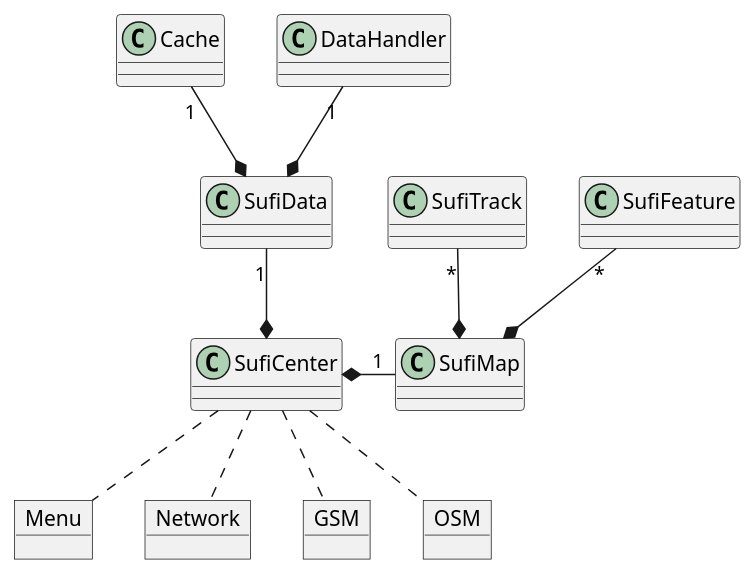
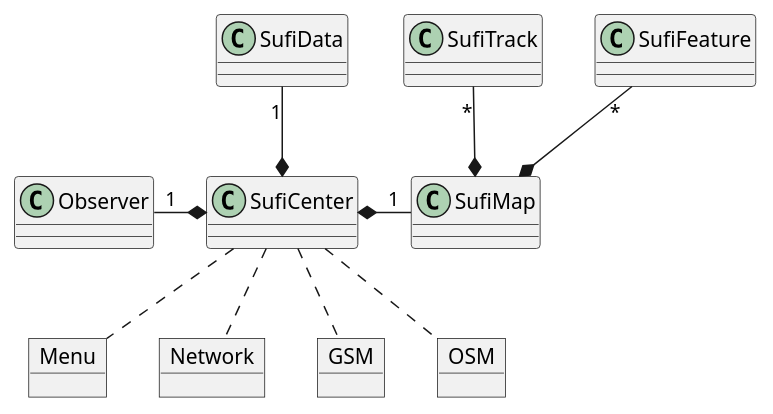
One commit to MARTIMM/Sufitrail changed the diagram in Doc/Designer notes.md. Above: the diagram before and after it, drawn with PlantUML. The commit also changed other lines of this file and 5 other files, not shown here.

````diff
--- a/Doc/Designer notes.md
+++ b/Doc/Designer notes.md
@@ -41,53 +41,50 @@
 ``` plantuml
 
-class Cache {
-
+class Observer {
 }
 
 class SufiData {
 }
 
 class SufiMap {
 }
 
 class SufiTrack {
 }
 
 class SufiFeature {
 }
 
 class SufiCenter {
 }
 
 'note "Menu is a javscript object" as M
 object Menu {
 
 }
 
 object Network {
 
 }
 
 object GSM {
 
 }
 
 object OSM {
 
 }
 
-Cache "1" --* SufiData
-DataHandler "1" --* SufiData
 SufiData "1" --* SufiCenter
 
+Observer "1" -* SufiCenter
 SufiCenter .. Menu
 SufiCenter *- "1" SufiMap
 SufiCenter .. Network
 SufiCenter .. GSM
 SufiCenter .. OSM
 
 SufiTrack "*" --* SufiMap
 SufiFeature "*" --* SufiMap
 
-
 ```
````
